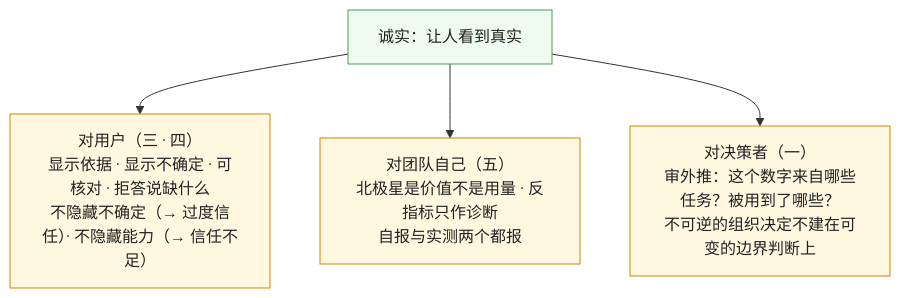
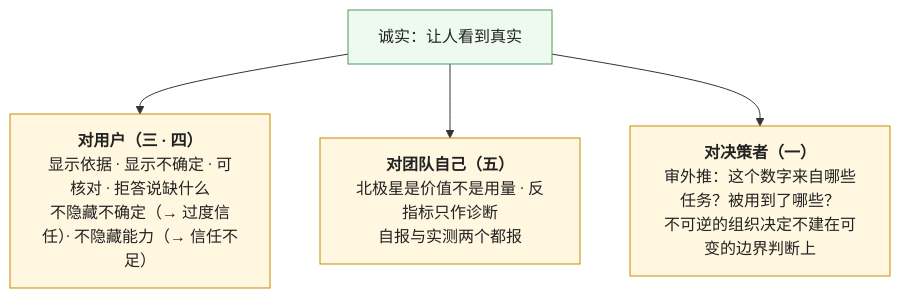
Before and after one commit to arganzheng/arganzheng.github.com: the third of 4 diagrams in _posts/2026-11-20-product-and-experience-series-recap-and-self-test.md, drawn with Mermaid. The commit also changed other lines of this file and 5 other files, not shown here.

First line of the commit message:
产品与体验：把不确定的能力做成可信的产品：Mermaid 多行方框的首行标为标题（6 篇）

````diff
--- a/_posts/2026-11-20-product-and-experience-series-recap-and-self-test.md
+++ b/_posts/2026-11-20-product-and-experience-series-recap-and-self-test.md
@@ -110,12 +110,12 @@
 ```mermaid
 %% 图：诚实对着三个方向——对用户：第三篇的八种手段与第四篇的三原则让用户看到真实的能力与不确定（不隐藏不确定、不隐藏能力）；对团队自己：第五篇的反指标不用消息数与生成占比骗自己，自报与实测两个都报；对决策者：第一篇的审外推——引用的数字来自哪些任务、被用到了哪些任务
 flowchart TB
     H["诚实：让人看到真实"]
-    H --> U["对用户（三 · 四）<br/>显示依据 · 显示不确定 · 可核对 · 拒答说缺什么<br/>不隐藏不确定（→ 过度信任）· 不隐藏能力（→ 信任不足）"]
-    H --> T["对团队自己（五）<br/>北极星是价值不是用量 · 反指标只作诊断<br/>自报与实测两个都报"]
-    H --> D["对决策者（一）<br/>审外推：这个数字来自哪些任务？被用到了哪些？<br/>不可逆的组织决定不建在可变的边界判断上"]
+    H --> U["<b>对用户（三 · 四）</b><br/>显示依据 · 显示不确定 · 可核对 · 拒答说缺什么<br/>不隐藏不确定（→ 过度信任）· 不隐藏能力（→ 信任不足）"]
+    H --> T["<b>对团队自己（五）</b><br/>北极星是价值不是用量 · 反指标只作诊断<br/>自报与实测两个都报"]
+    H --> D["<b>对决策者（一）</b><br/>审外推：这个数字来自哪些任务？被用到了哪些？<br/>不可逆的组织决定不建在可变的边界判断上"]
     classDef h fill:#eefaf0,stroke:#4d9a5c,color:#222
     classDef d fill:#fff7e0,stroke:#c98a00,color:#222
     class H h
     class U,T,D d
 ```
````
